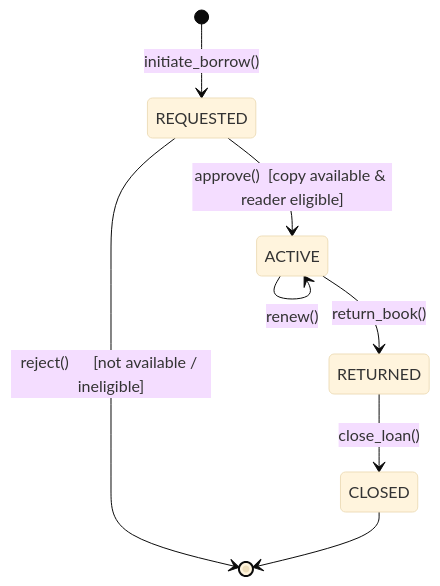
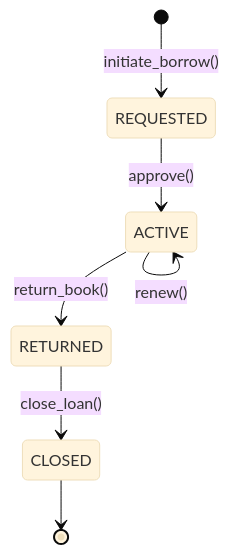
The second of 2 diagrams in soft-engineering/sse-task-1-model-system-basic-concepts/README.md (auryxn/sdc-homework-3), drawn with Mermaid (base theme) before and after one commit. The commit also changed other lines of this file and 17 other files, not shown here.

Commit message:
SSE Task 1: trim to student-scale solution (README + 2 diagrams, no code/assets)

````diff
--- a/soft-engineering/sse-task-1-model-system-basic-concepts/README.md
+++ b/soft-engineering/sse-task-1-model-system-basic-concepts/README.md
@@ -127,10 +59,9 @@
 ```mermaid
 stateDiagram-v2
     [*] --> REQUESTED : initiate_borrow()
-    REQUESTED --> ACTIVE : approve()  [copy available & reader eligible]
-    REQUESTED --> [*] : reject()      [not available / ineligible]
+    REQUESTED --> ACTIVE : approve()
     ACTIVE --> RETURNED : return_book()
     ACTIVE --> ACTIVE : renew()
     RETURNED --> CLOSED : close_loan()
     CLOSED --> [*]
 ```
````
